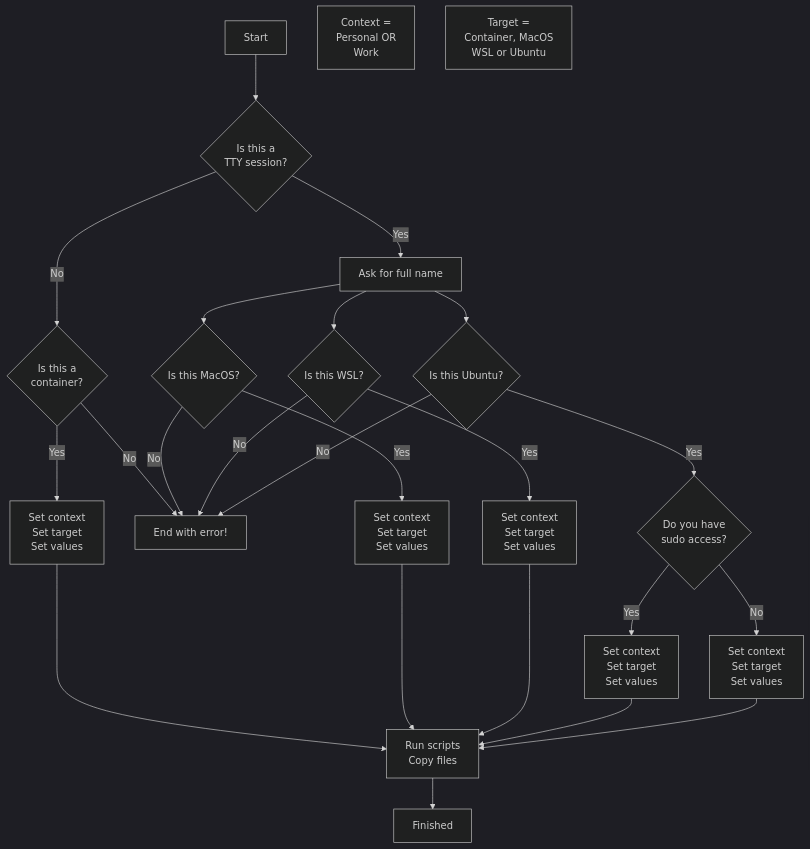
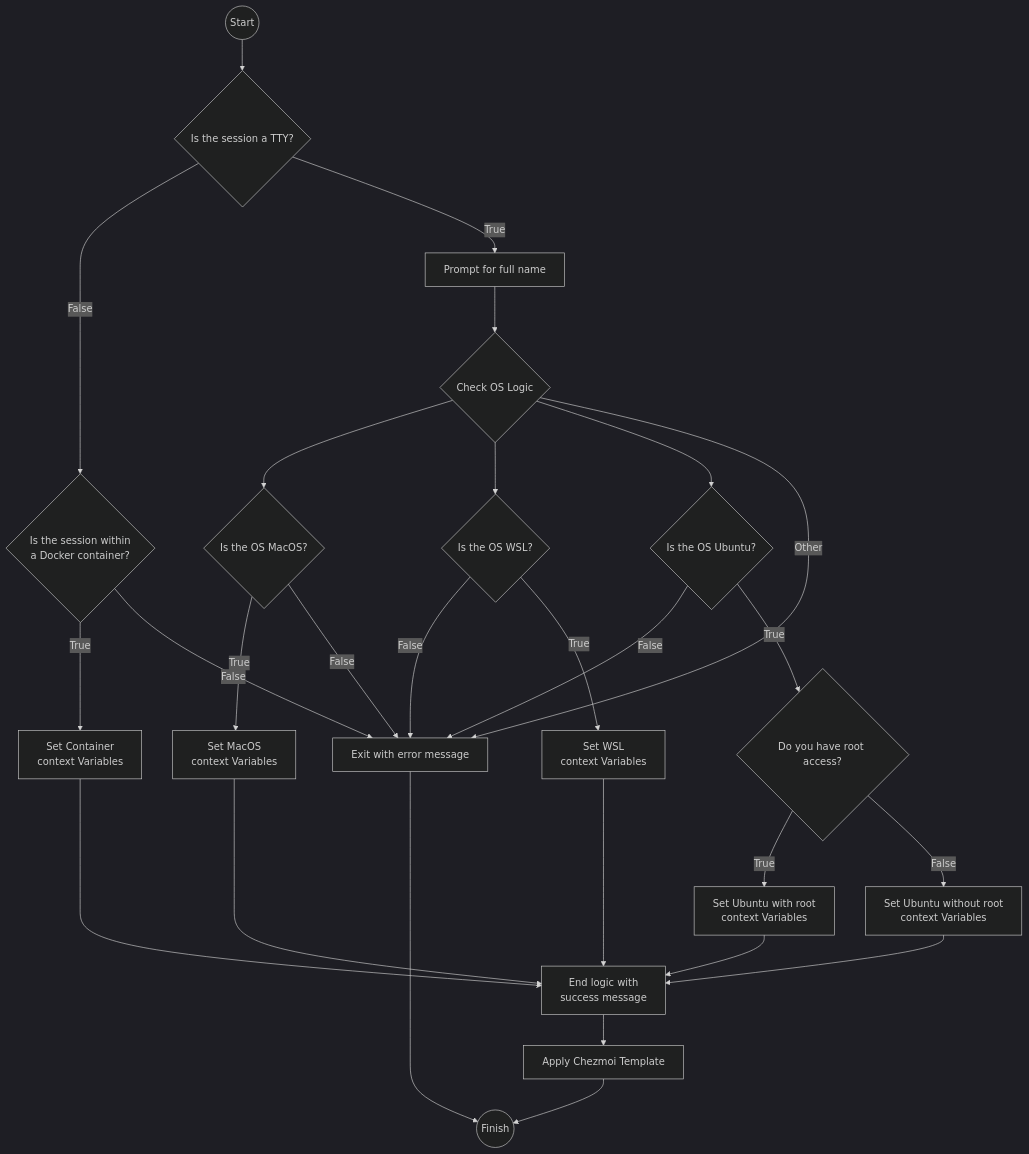
One commit to arrrgi/dotfiles changed the diagram in README.md. Above: the diagram before and after it, drawn with Mermaid (dark theme). The commit also changed other lines of this file and 5 other files, not shown here.

````diff
--- a/README.md
+++ b/README.md
@@ -26,27 +26,30 @@
 ```mermaid
-flowchart TD
-Start[Start] --> TTYCheck{Is this a<br>TTY session?};
-TTYCheck --> |No| ContainerCheck{Is this a<br>container?};
-TTYCheck --> |Yes| AskName[Ask for full name];
-ContainerCheck --> |Yes| LoadContainerConfig[Set context<br>Set target<br>Set values];
-LoadContainerConfig --> ExecScripts;
-ExecScripts --> Exit[Finished];
-ContainerCheck --> |No| Error[End with error!];
-AskName --> MacOSCheck{Is this MacOS?};
-AskName --> WSLCheck{Is this WSL?};
-AskName --> UbuntuCheck{Is this Ubuntu?};
-MacOSCheck --> |Yes| LoadMacOSConfig[Set context<br>Set target<br>Set values];
-LoadMacOSConfig --> ExecScripts[Run scripts<br>Copy files];
-WSLCheck --> |Yes| LoadWSLConfig[Set context<br>Set target<br>Set values];
-LoadWSLConfig --> ExecScripts;
-UbuntuCheck --> |Yes| SudoCheck{Do you have<br>sudo access?};
-SudoCheck --> |Yes| LoadRootConfig[Set context<br>Set target<br>Set values];
-SudoCheck --> |No| LoadRootlessConfig[Set context<br>Set target<br>Set values];
-LoadRootConfig --> ExecScripts;
-LoadRootlessConfig --> ExecScripts;
-MacOSCheck --> |No| Error;
-WSLCheck --> |No| Error;
-UbuntuCheck --> |No| Error;
-Context[Context =<br>Personal OR<br>Work];
-Target[Target =<br>Container, MacOS<br>WSL or Ubuntu];
+graph TD
+  Start((Start))
+  Start --> TTY{Is the session a TTY?}
+  TTY -- False --> checkContainer{Is the session within<br>a Docker container?}
+  checkContainer -- True --> setContainer[Set Container<br>context Variables]
+  setContainer --> Success[End logic with<br>success message]
+  checkContainer -- False --> Error[Exit with error message]
+  Error --> Finish((Finish))
+  Success --> ApplyTemplate[Apply Chezmoi Template]
+  ApplyTemplate --> Finish
+  TTY -- True --> promptName[Prompt for full name]
+  promptName --> whichOS{Check OS Logic}
+  whichOS --> checkMacOS{Is the OS MacOS?}
+  whichOS --> checkWSL{Is the OS WSL?}
+  whichOS --> checkUbuntu{Is the OS Ubuntu?}
+  whichOS -- Other --> Error
+  checkWSL -- False --> Error
+  checkUbuntu -- False --> Error
+  checkMacOS -- True --> setMacOS[Set MacOS<br>context Variables]
+  checkMacOS -- False --> Error
+  checkWSL -- True --> setWSL[Set WSL<br>context Variables]
+  checkUbuntu -- True --> checkRootAccess{Do you have root access?}
+  checkRootAccess -- True --> setUbuntuRoot[Set Ubuntu with root<br>context Variables]
+  checkRootAccess -- False --> setUbuntuNormal[Set Ubuntu without root<br>context Variables]
+  setMacOS --> Success
+  setWSL --> Success
+  setUbuntuRoot --> Success
+  setUbuntuNormal --> Success
 ```
````
